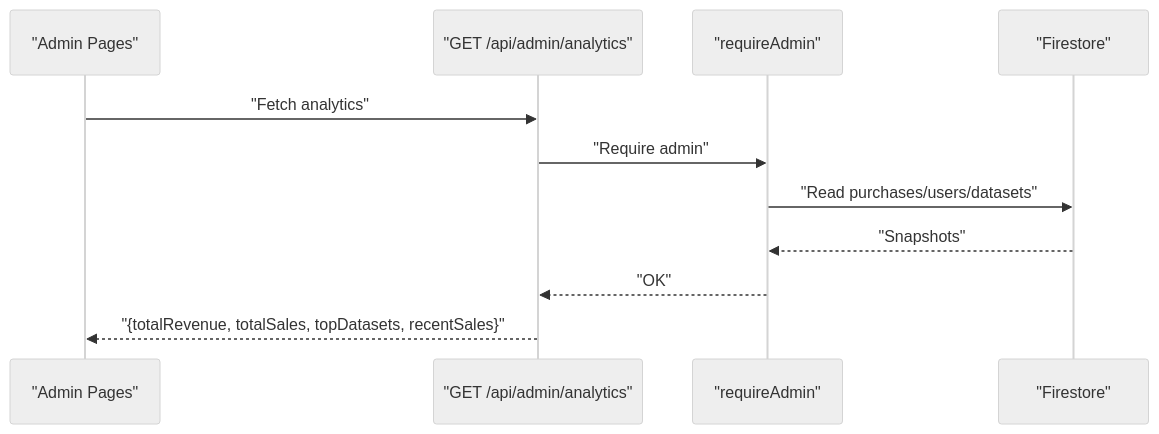
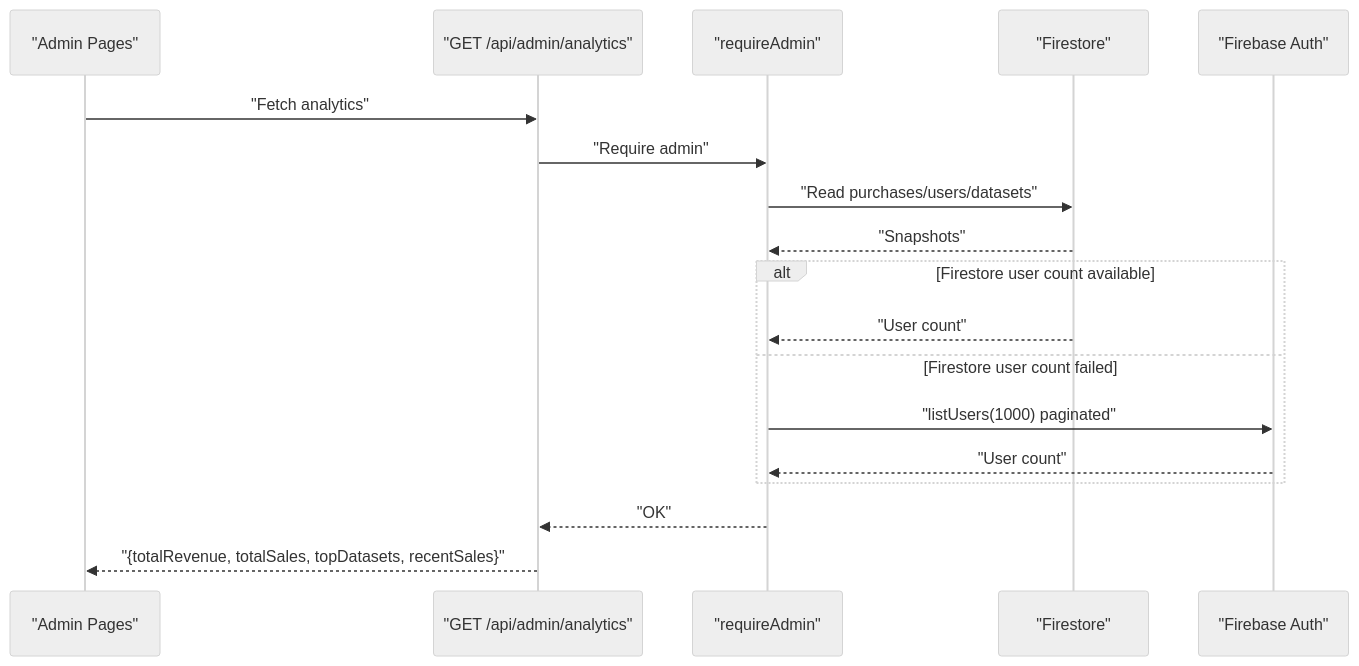
The fourth of 10 diagrams in .qoder/repowiki/en/content/Admin Panel/Admin Panel.md (alikizang/datafrica), drawn with Mermaid (neutral theme) before and after one commit. The commit also changed other lines of this file and 21 other files, not shown here.

````diff
--- a/.qoder/repowiki/en/content/Admin Panel/Admin Panel.md
+++ b/.qoder/repowiki/en/content/Admin Panel/Admin Panel.md
@@ -193,13 +238,20 @@
 ```mermaid
 sequenceDiagram
 participant UI as "Admin Pages"
 participant API as "GET /api/admin/analytics"
 participant MW as "requireAdmin"
 participant DB as "Firestore"
+participant AuthSDK as "Firebase Auth"
 UI->>API : "Fetch analytics"
 API->>MW : "Require admin"
 MW->>DB : "Read purchases/users/datasets"
 DB-->>MW : "Snapshots"
+Alt Firestore user count available
+DB-->>MW : "User count"
+Else Firestore user count failed
+MW->>AuthSDK : "listUsers(1000) paginated"
+AuthSDK-->>MW : "User count"
+End
 MW-->>API : "OK"
 API-->>UI : "{totalRevenue, totalSales, topDatasets, recentSales}"
 ```
````
